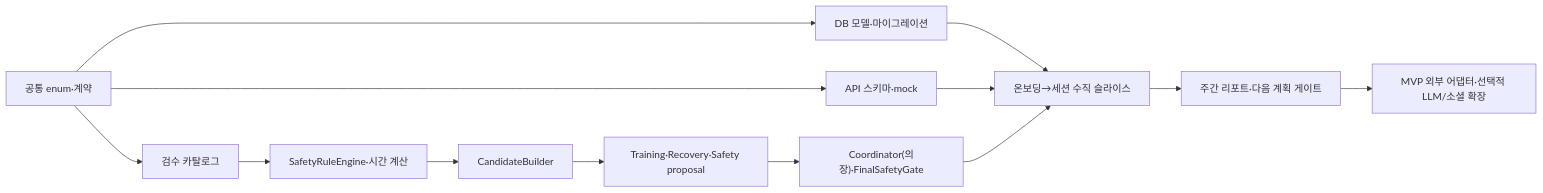
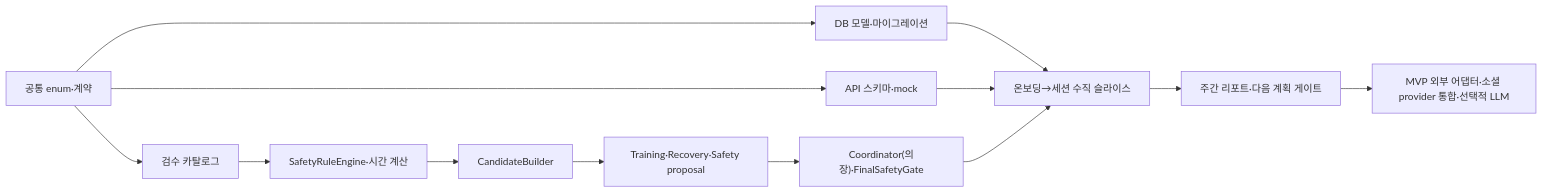
Before and after one commit to SKNETWORKS-FAMILY-AICAMP/SKN30-FINAL-5Team: the diagram in docs/IMPLEMENTATION_PLAN.md, drawn with Mermaid. The commit also changed other lines of this file and 14 other files, not shown here.

````diff
--- a/docs/IMPLEMENTATION_PLAN.md
+++ b/docs/IMPLEMENTATION_PLAN.md
@@ -21,15 +21,15 @@
 ```mermaid
 flowchart LR
   C["공통 enum·계약"] --> CAT["검수 카탈로그"]
   C --> DB["DB 모델·마이그레이션"]
   C --> API["API 스키마·mock"]
   CAT --> RULE["SafetyRuleEngine·시간 계산"]
   RULE --> CAND["CandidateBuilder"]
   CAND --> AG["Training·Recovery·Safety proposal"]
   AG --> COORD["Coordinator(의장)·FinalSafetyGate"]
   DB --> FLOW["온보딩→세션 수직 슬라이스"]
   API --> FLOW
   COORD --> FLOW
   FLOW --> WEEK["주간 리포트·다음 계획 게이트"]
-  WEEK --> OPT["MVP 외부 어댑터·선택적 LLM/소셜 확장"]
+  WEEK --> OPT["MVP 외부 어댑터·소셜 provider 통합·선택적 LLM"]
 ```
````
